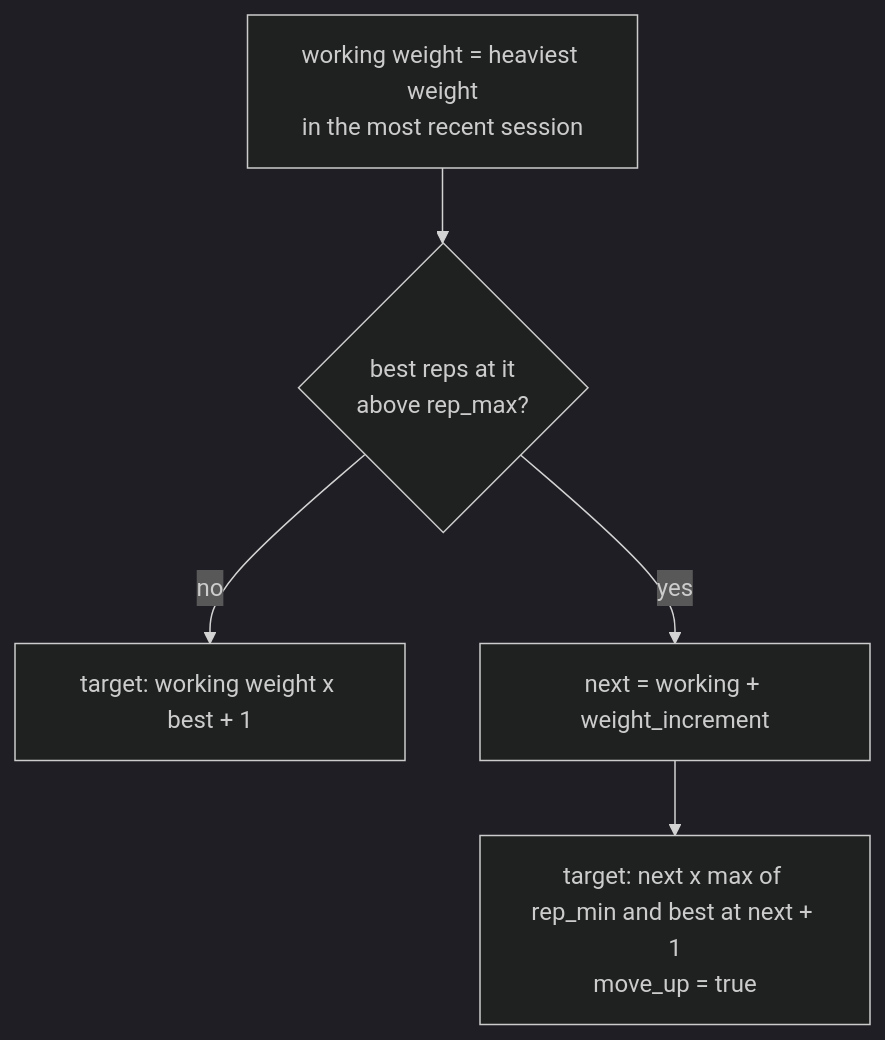
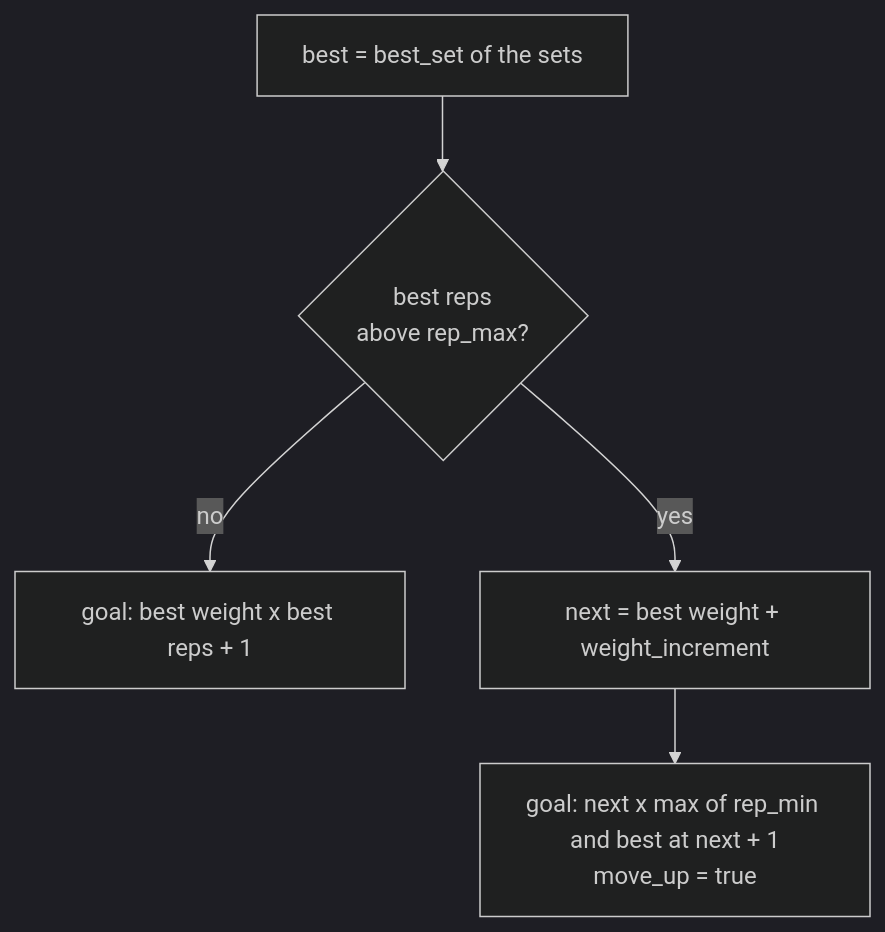
The third of 3 diagrams in docs/04-backend/domain-logic.md (coopermay/fitness-tracker), drawn with Mermaid (dark theme) before and after one commit. The commit also changed other lines of this file and 45 other files, not shown here.

First line of the commit message:
Today tabs with Best/Goal; graded relative strength on a chosen machine

````diff
--- a/docs/04-backend/domain-logic.md
+++ b/docs/04-backend/domain-logic.md
@@ -232,7 +236,7 @@
 ```mermaid
 flowchart TD
-    A["working weight = heaviest weight<br/>in the most recent session"] --> B{"best reps at it<br/>above rep_max?"}
-    B -- "no" --> C["target: working weight x best + 1"]
-    B -- "yes" --> D["next = working + weight_increment"]
-    D --> E["target: next x max of rep_min and best at next + 1<br/>move_up = true"]
+    A["best = best_set of the sets"] --> B{"best reps<br/>above rep_max?"}
+    B -- "no" --> C["goal: best weight x best reps + 1"]
+    B -- "yes" --> D["next = best weight + weight_increment"]
+    D --> E["goal: next x max of rep_min and best at next + 1<br/>move_up = true"]
 ```
````
